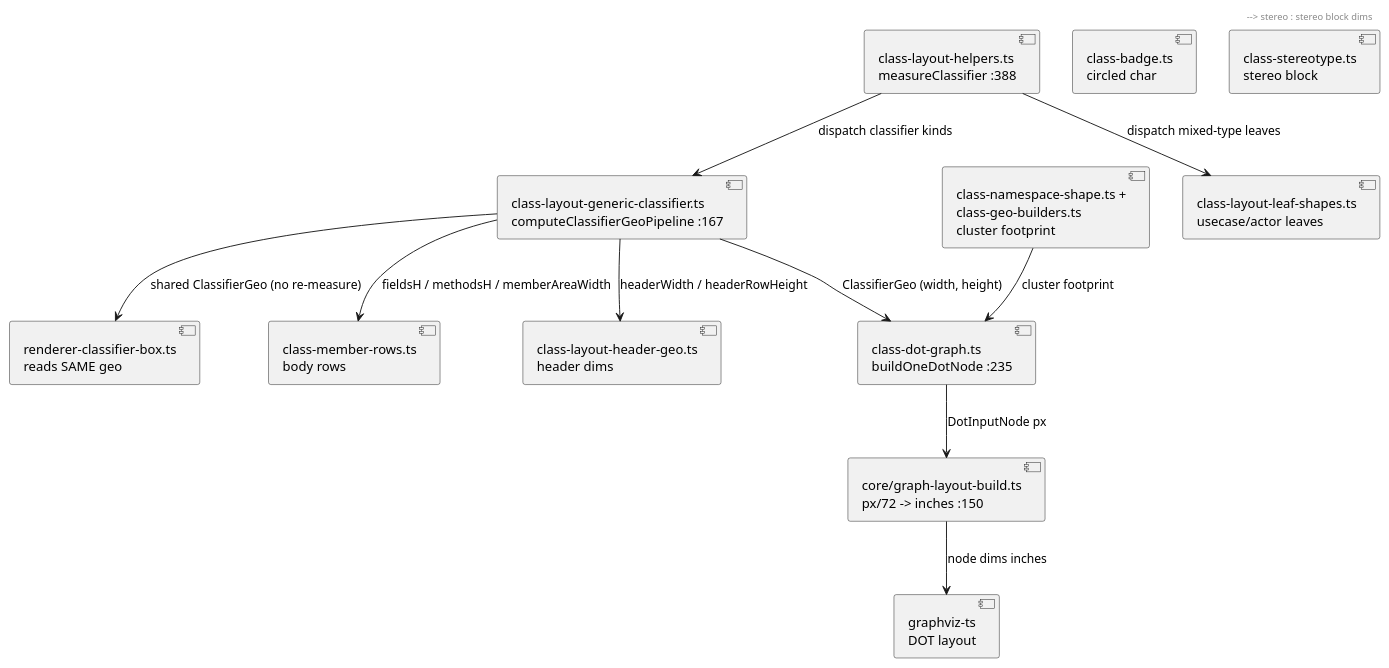
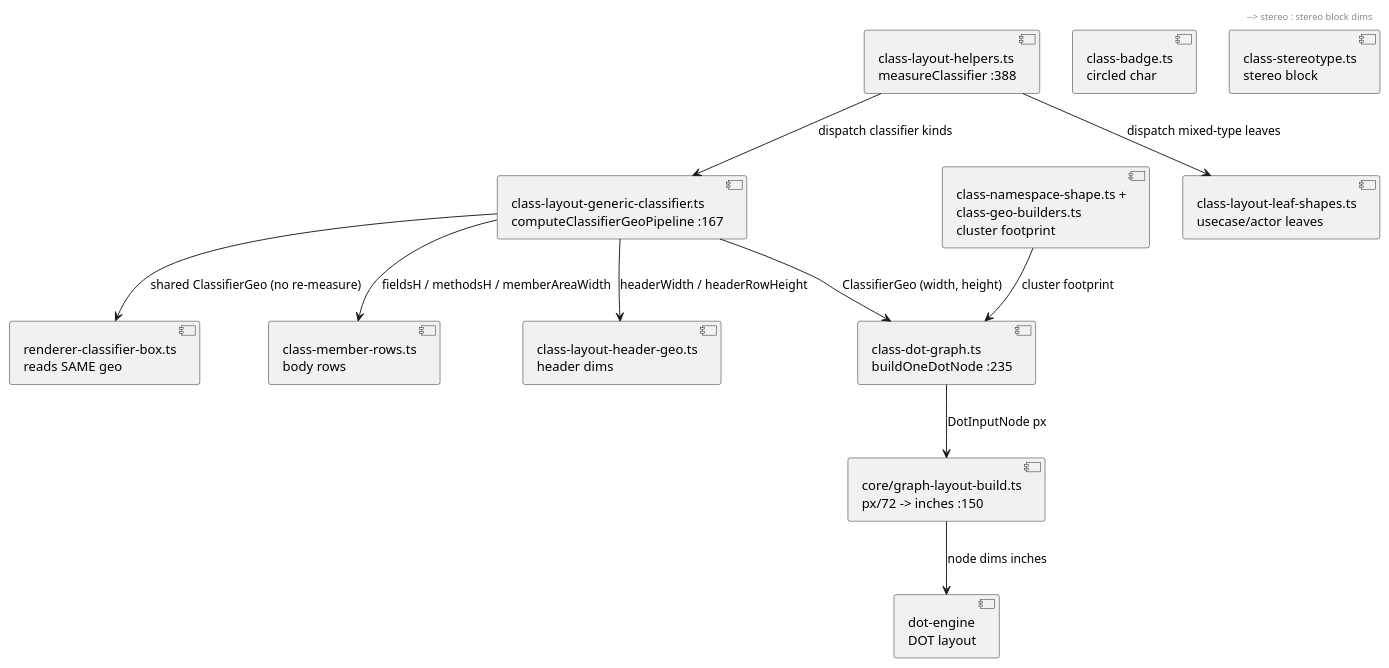
One commit to knowvah/plantuml-ts changed the diagram in plans/a2s-class-record-sizing/diagrams/component-map.md. Above: the diagram before and after it, drawn with PlantUML. The commit also changed 111 other files, not shown here.

First line of the commit message:
docs: call the layout engine dot-engine throughout

````diff
--- a/plans/a2s-class-record-sizing/diagrams/component-map.md
+++ b/plans/a2s-class-record-sizing/diagrams/component-map.md
@@ -3,28 +3,28 @@
 ```plantuml
 @startuml
 component [class-layout-helpers.ts\nmeasureClassifier :388] as helpers
 component [class-layout-generic-classifier.ts\ncomputeClassifierGeoPipeline :167] as generic
 component [class-layout-header-geo.ts\nheader dims] as header
 component [class-badge.ts\ncircled char] as badge
 component [class-stereotype.ts\nstereo block] as stereo
 component [class-member-rows.ts\nbody rows] as rows
 component [class-layout-leaf-shapes.ts\nusecase/actor leaves] as leaves
 component [class-namespace-shape.ts +\nclass-geo-builders.ts\ncluster footprint] as cluster
 component [class-dot-graph.ts\nbuildOneDotNode :235] as dotgraph
 component [core/graph-layout-build.ts\npx/72 -> inches :150] as build
-component [graphviz-ts\nDOT layout] as gv
+component [dot-engine\nDOT layout] as gv
 component [renderer-classifier-box.ts\nreads SAME geo] as renderer
 
 helpers --> generic : dispatch classifier kinds
 helpers --> leaves : dispatch mixed-type leaves
 generic --> header : headerWidth / headerRowHeight
 header --> badge : badge box dims
 header --> stereo : stereo block dims
 generic --> rows : fieldsH / methodsH / memberAreaWidth
 generic --> dotgraph : ClassifierGeo (width, height)
 cluster --> dotgraph : cluster footprint
 dotgraph --> build : DotInputNode px
 build --> gv : node dims inches
 generic --> renderer : shared ClassifierGeo (no re-measure)
 @enduml
 ```
````
